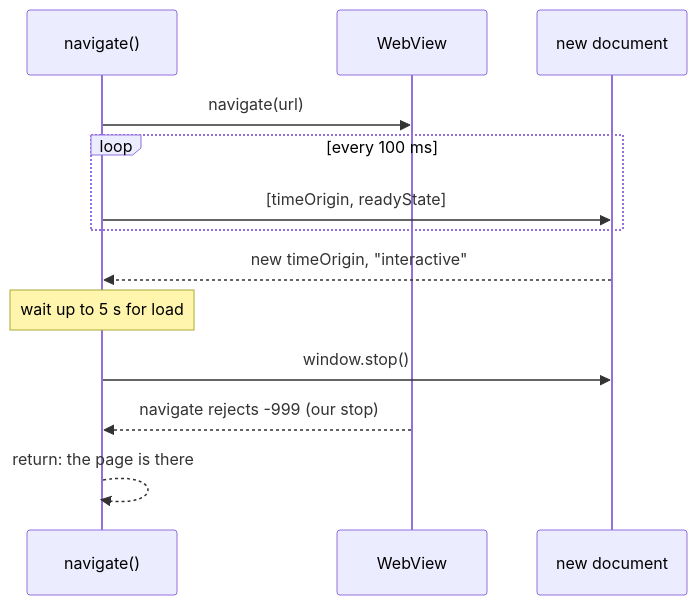
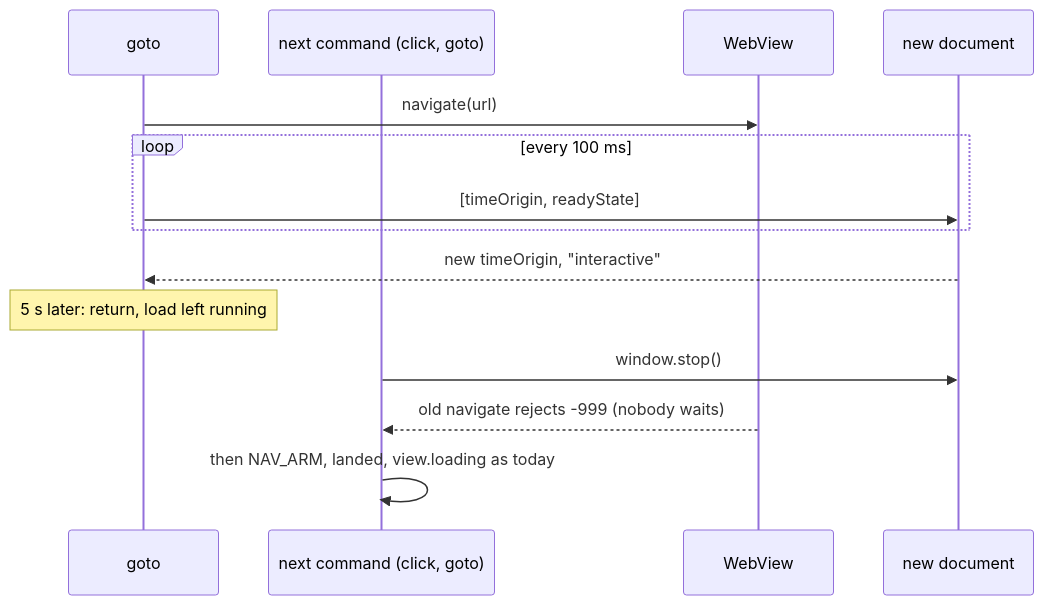
One commit to drakulavich/bowser changed the diagram in docs/superpowers/specs/2026-10-27-load-cap-design.md. Above: the diagram before and after it, drawn with Mermaid. The commit also changed other lines of this file, not shown here.

First line of the commit message:
docs(spec): ET-52 stops a capped load at the next command, not at the cap

````diff
--- a/docs/superpowers/specs/2026-10-27-load-cap-design.md
+++ b/docs/superpowers/specs/2026-10-27-load-cap-design.md
@@ -54,15 +90,16 @@
 ```mermaid
 sequenceDiagram
-  participant C as navigate()
+  participant C as goto
+  participant N as next command (click, goto)
   participant V as WebView
   participant P as new document
   C->>V: navigate(url)
   loop every 100 ms
     C->>P: [timeOrigin, readyState]
   end
   P-->>C: new timeOrigin, "interactive"
-  Note over C: wait up to 5 s for load
-  C->>P: window.stop()
-  V-->>C: navigate rejects -999 (our stop)
-  C-->>C: return: the page is there
+  Note over C: 5 s later: return, load left running
+  N->>P: window.stop()
+  V-->>N: old navigate rejects -999 (nobody waits)
+  N->>N: then NAV_ARM, landed, view.loading as today
 ```
````
